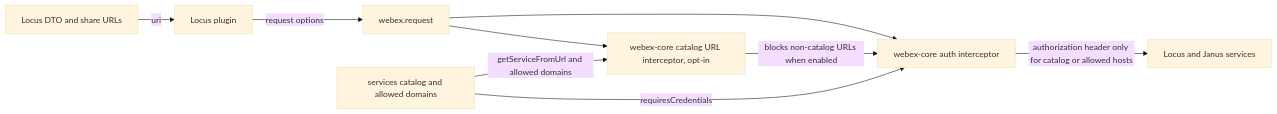
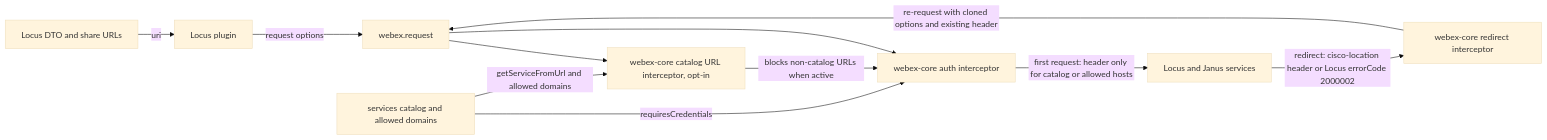
The second of 2 diagrams in packages/@webex/internal-plugin-locus/docs/architecture.md (webex/webex-js-sdk), drawn with Mermaid (base theme) before and after one commit. The commit also changed other lines of this file and 1 other file, not shown here.

Commit message:
docs(internal-plugin-locus): qualify catalog check and document redirect auth gap (SPARK-853128)

````diff
--- a/packages/@webex/internal-plugin-locus/docs/architecture.md
+++ b/packages/@webex/internal-plugin-locus/docs/architecture.md
@@ -200,11 +200,13 @@
 ```mermaid
 flowchart LR
   dto[Locus DTO and share URLs] -->|uri| locus[Locus plugin]
   locus -->|request options| request[webex.request]
   catalog[services catalog and allowed domains] -->|requiresCredentials| auth[webex-core auth interceptor]
   request --> catUrl[webex-core catalog URL interceptor, opt-in]
   catalog -->|getServiceFromUrl and allowed domains| catUrl
-  catUrl -->|blocks non-catalog URLs when enabled| auth
+  catUrl -->|blocks non-catalog URLs when active| auth
   request --> auth
-  auth -->|authorization header only for catalog or allowed hosts| svc[Locus and Janus services]
+  auth -->|first request: header only for catalog or allowed hosts| svc[Locus and Janus services]
+  svc -->|redirect: cisco-location header or Locus errorCode 2000002| redirect[webex-core redirect interceptor]
+  redirect -->|re-request with cloned options and existing header| request
 ```
````
